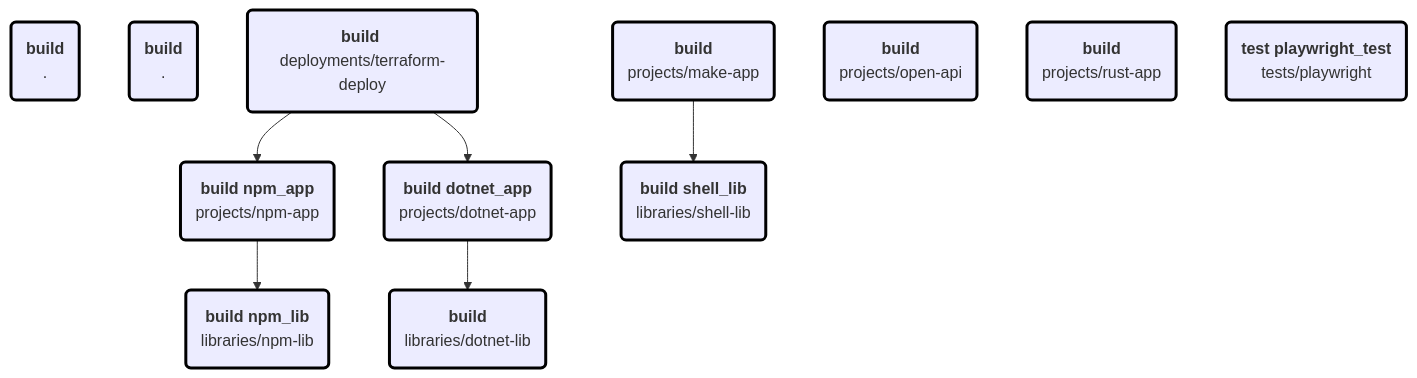
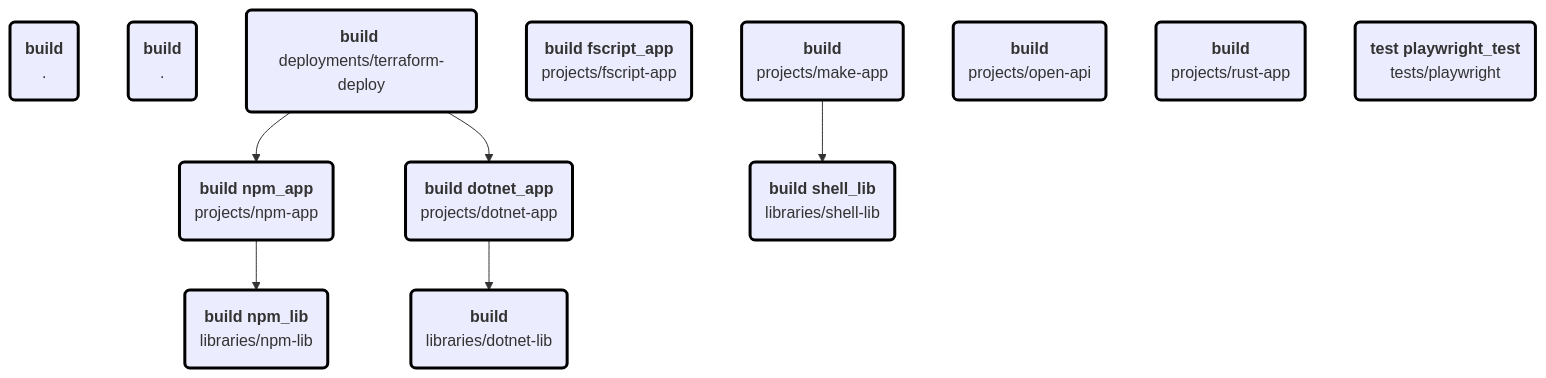
One commit to MagnusOpera/terrabuild changed the diagram in tests/simple/results/terrabuild-debug.info.md. Above: the diagram before and after it, drawn with Mermaid. The commit also changed 15 other files, not shown here.

````diff
--- a/tests/simple/results/terrabuild-debug.info.md
+++ b/tests/simple/results/terrabuild-debug.info.md
@@ -14,47 +14,50 @@
 ```mermaid
 flowchart TD
 classDef build stroke:red,stroke-width:3px
 classDef restore stroke:orange,stroke-width:3px
 classDef ignore stroke:black,stroke-width:3px
 1565C663A6AA8DD76CC475B61F6DA9891C4B6088668874E4C620C276749985A8("<b>build</b> 
 .")
 5FF221712FFC15D83449C90E8FCD4C9742CCDDDBD9437B76A2A3D29911DB071B("<b>build</b> 
 .")
 #pnpm#npm-app:build("<b>build npm_app</b> 
 projects/npm-app")
 #pnpm#npm-lib:build("<b>build npm_lib</b> 
 libraries/npm-lib")
 workspace/path#deployments/terraform-deploy:build("<b>build</b> 
 deployments/terraform-deploy")
 workspace/path#libraries/dotnet-lib:build("<b>build</b> 
 libraries/dotnet-lib")
 workspace/path#libraries/shell-lib:build("<b>build shell_lib</b> 
 libraries/shell-lib")
 workspace/path#projects/dotnet-app:build("<b>build dotnet_app</b> 
 projects/dotnet-app")
+workspace/path#projects/fscript-app:build("<b>build fscript_app</b> 
+projects/fscript-app")
 workspace/path#projects/make-app:build("<b>build</b> 
 projects/make-app")
 workspace/path#projects/open-api:build("<b>build</b> 
 projects/open-api")
 workspace/path#projects/rust-app:build("<b>build</b> 
 projects/rust-app")
 workspace/path#tests/playwright:test("<b>test playwright_test</b> 
 tests/playwright")
 class 1565C663A6AA8DD76CC475B61F6DA9891C4B6088668874E4C620C276749985A8 ignore
 class 5FF221712FFC15D83449C90E8FCD4C9742CCDDDBD9437B76A2A3D29911DB071B ignore
 #pnpm#npm-app:build --> #pnpm#npm-lib:build
 class #pnpm#npm-app:build ignore
 class #pnpm#npm-lib:build ignore
 workspace/path#deployments/terraform-deploy:build --> #pnpm#npm-app:build
 workspace/path#deployments/terraform-deploy:build --> workspace/path#projects/dotnet-app:build
 class workspace/path#deployments/terraform-deploy:build ignore
 class workspace/path#libraries/dotnet-lib:build ignore
 class workspace/path#libraries/shell-lib:build ignore
 workspace/path#projects/dotnet-app:build --> workspace/path#libraries/dotnet-lib:build
 class workspace/path#projects/dotnet-app:build ignore
+class workspace/path#projects/fscript-app:build ignore
 workspace/path#projects/make-app:build --> workspace/path#libraries/shell-lib:build
 class workspace/path#projects/make-app:build ignore
 class workspace/path#projects/open-api:build ignore
 class workspace/path#projects/rust-app:build ignore
 class workspace/path#tests/playwright:test ignore
 ```
````
